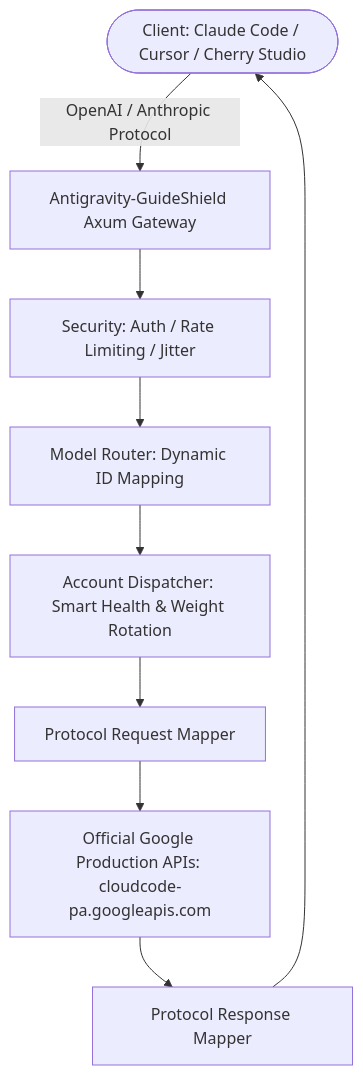
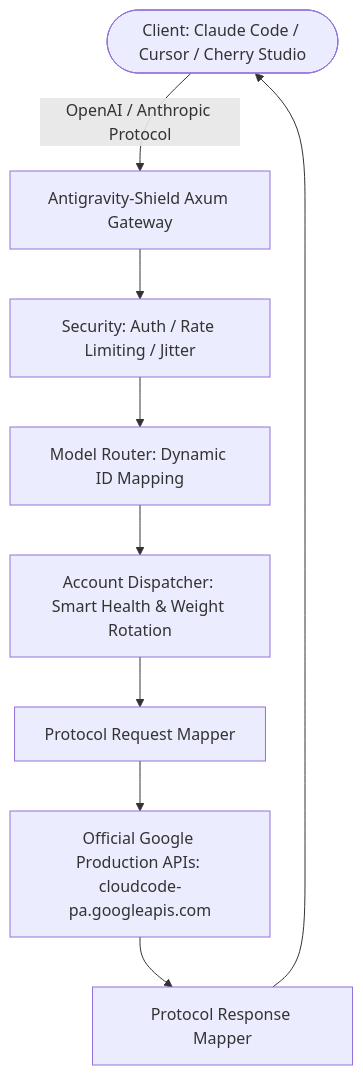
One commit to antigravity-hub/Antigravity-Shield changed the diagram in README.md. Above: the diagram before and after it, drawn with Mermaid. The commit also changed other lines of this file and 5 other files, not shown here.

Commit message:
chore: align repository name to Antigravity-Shield and sync endpoints

````diff
--- a/README.md
+++ b/README.md
@@ -128,11 +128,11 @@
 ```mermaid
 graph TD
-    Client([Client: Claude Code / Cursor / Cherry Studio]) -->|OpenAI / Anthropic Protocol| Gateway[Antigravity-GuideShield Axum Gateway]
+    Client([Client: Claude Code / Cursor / Cherry Studio]) -->|OpenAI / Anthropic Protocol| Gateway[Antigravity-Shield Axum Gateway]
     Gateway --> SecurityMiddleware[Security: Auth / Rate Limiting / Jitter]
     SecurityMiddleware --> ModelRouter[Model Router: Dynamic ID Mapping]
     ModelRouter --> Dispatcher[Account Dispatcher: Smart Health & Weight Rotation]
     Dispatcher --> RequestMapper[Protocol Request Mapper]
     RequestMapper --> UpstreamSafe[Official Google Production APIs: cloudcode-pa.googleapis.com]
     UpstreamSafe --> ResponseMapper[Protocol Response Mapper]
     ResponseMapper --> Client
 ```
````
